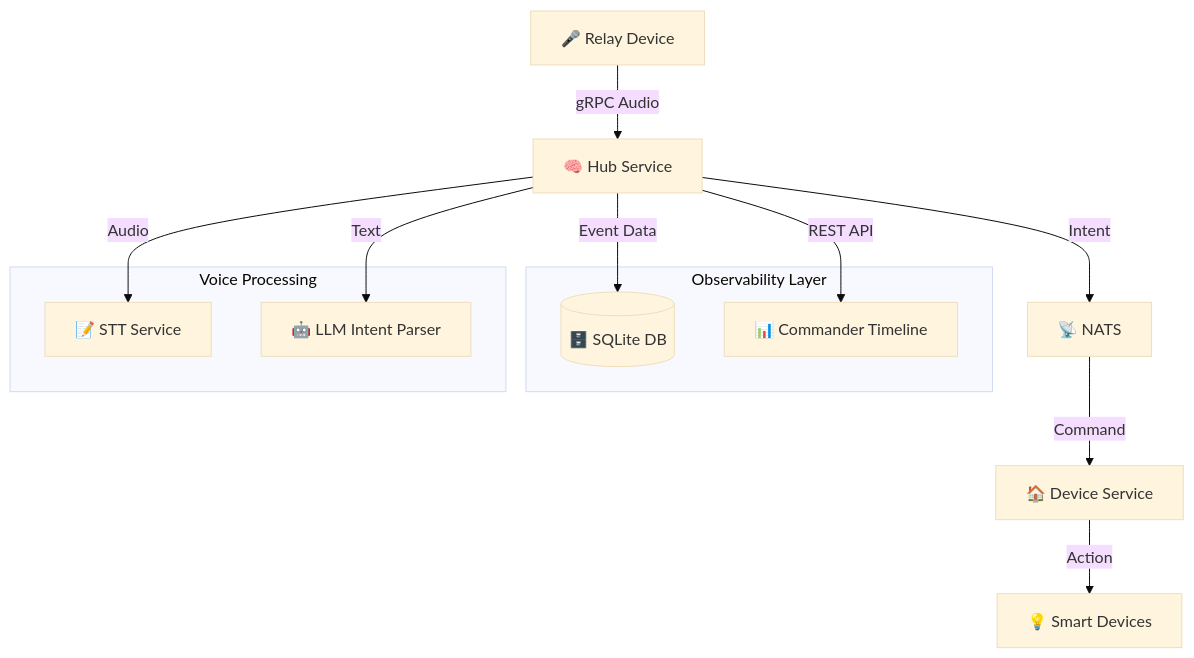
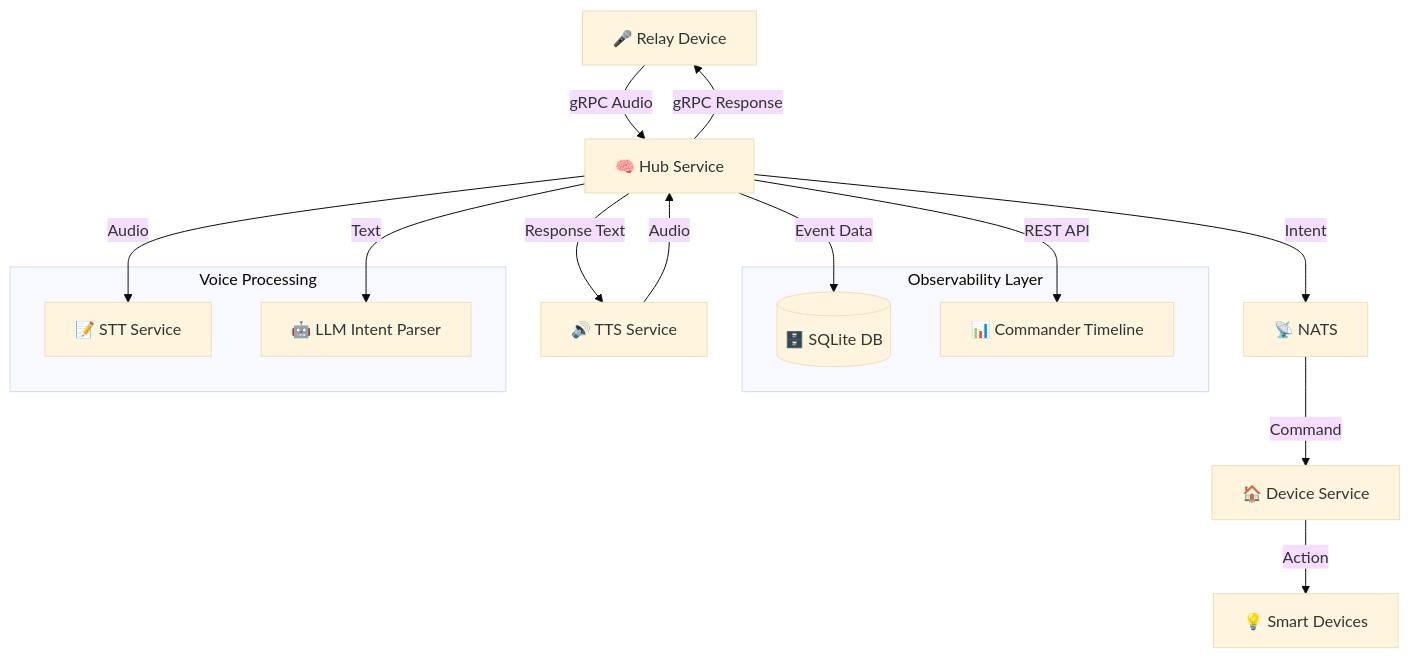
Before and after one commit to loqalabs/loqa: the diagram in docs/architecture.md, drawn with Mermaid (base theme). The commit also changed other lines of this file and 2 other files, not shown here.

First line of the commit message:
Add Kokoro-82M TTS service to Docker Compose setup

````diff
--- a/docs/architecture.md
+++ b/docs/architecture.md
@@ -45,21 +54,24 @@
 ```mermaid
 graph TB
     P[🎤 Relay Device] -->|gRPC Audio| H[🧠 Hub Service]
     H -->|Audio| W[📝 STT Service]
     H -->|Text| L[🤖 LLM Intent Parser]
+    H -->|Response Text| T[🔊 TTS Service]
+    T -->|Audio| H
+    H -->|gRPC Response| P
     H -->|Event Data| DB[(🗄️ SQLite DB)]
     H -->|REST API| UI[📊 Commander Timeline]
     H -->|Intent| N[📡 NATS]
     N -->|Command| D[🏠 Device Service]
     D -->|Action| DEVICES[💡 Smart Devices]
     
     subgraph "Observability Layer"
         DB
         UI
     end
     
     subgraph "Voice Processing"
         W
         L
     end
 ```
````
